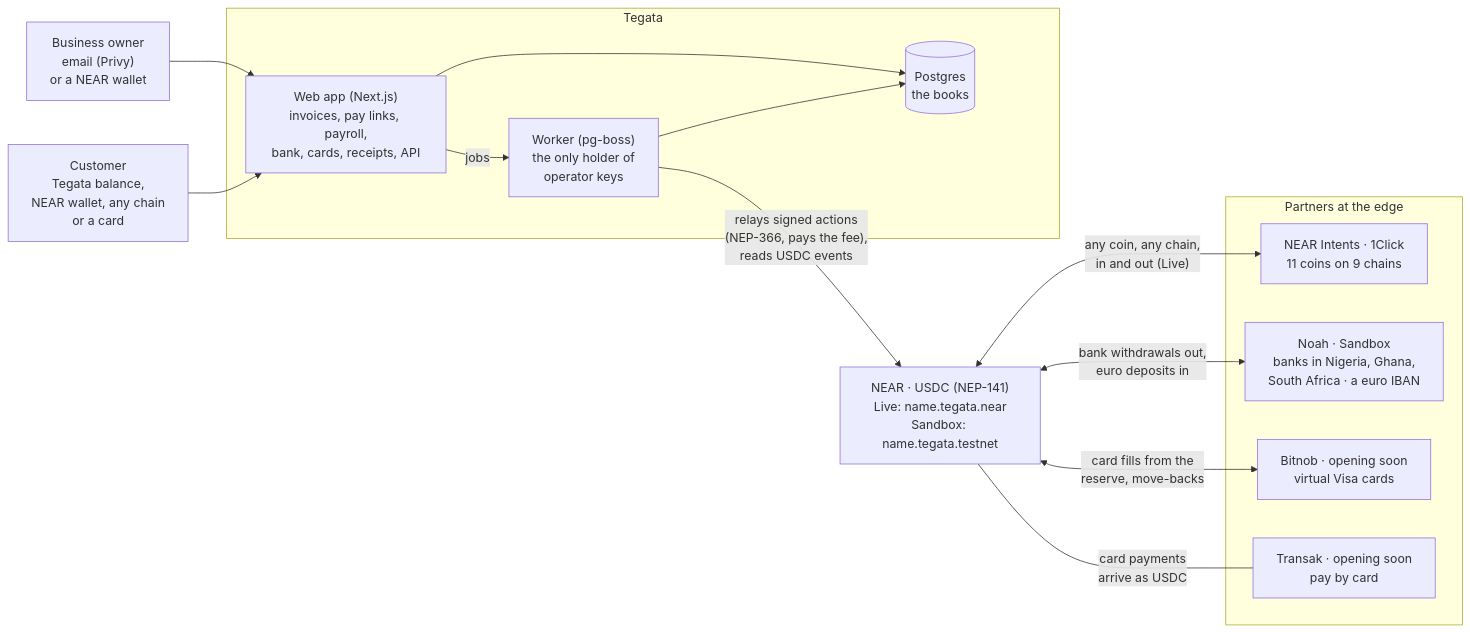
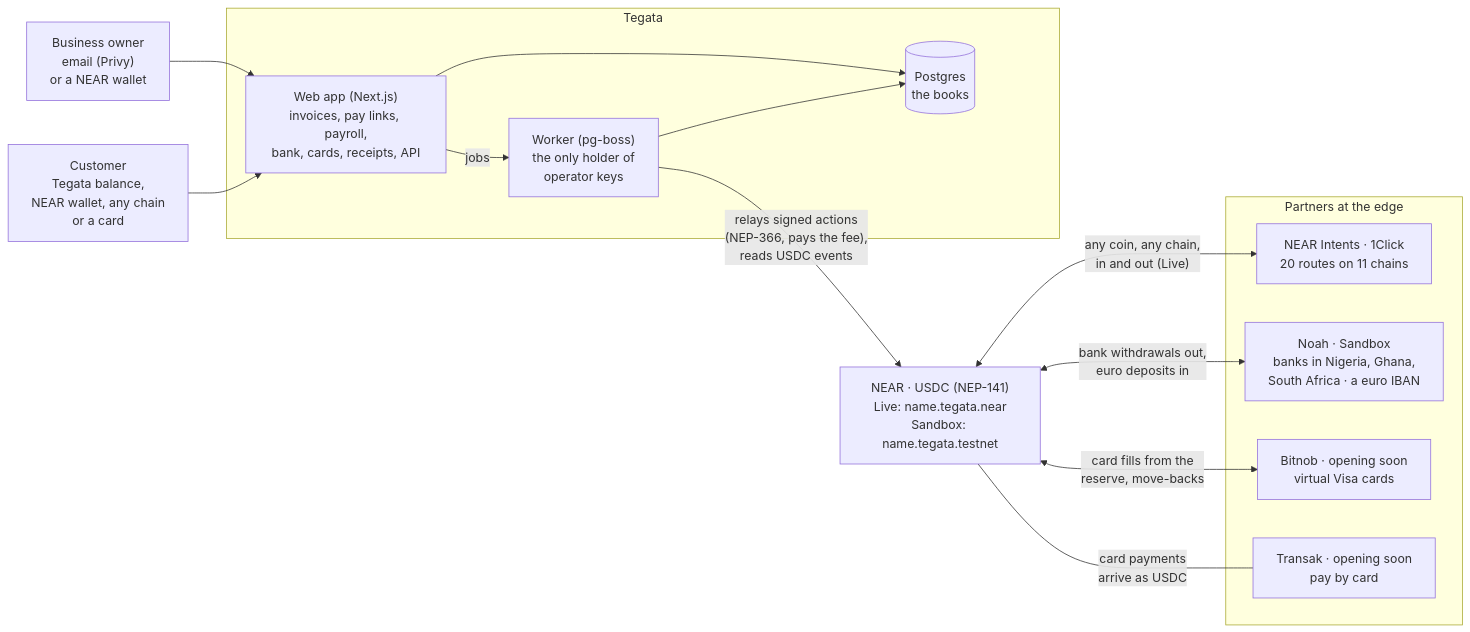
The diagram in .github/diagrams/readme-system.mmd (Blockchain-Oracle/tegata), drawn with Mermaid before and after one commit. The commit also changed 56 other files, not shown here.

```diff
--- a/.github/diagrams/readme-system.mmd
+++ b/.github/diagrams/readme-system.mmd
@@ -1,22 +1,22 @@
 flowchart LR
   owner["Business owner<br/>email (Privy)<br/>or a NEAR wallet"] --> web
   payer["Customer<br/>Tegata balance,<br/>NEAR wallet, any chain<br/>or a card"] --> web
   subgraph tegata["Tegata"]
     web["Web app (Next.js)<br/>invoices, pay links, payroll,<br/>bank, cards, receipts, API"]
     db[("Postgres<br/>the books")]
     worker["Worker (pg-boss)<br/>the only holder of<br/>operator keys"]
     web --> db
     web -- "jobs" --> worker
     worker --> db
   end
   worker -- "relays signed actions<br/>(NEP-366, pays the fee),<br/>reads USDC events" --> near["NEAR · USDC (NEP-141)<br/>Live: name.tegata.near<br/>Sandbox: name.tegata.testnet"]
   subgraph edge["Partners at the edge"]
-    intents["NEAR Intents · 1Click<br/>11 coins on 9 chains"]
+    intents["NEAR Intents · 1Click<br/>20 routes on 11 chains"]
     noah["Noah · Sandbox<br/>banks in Nigeria, Ghana,<br/>South Africa · a euro IBAN"]
     bitnob["Bitnob · opening soon<br/>virtual Visa cards"]
     transak["Transak · opening soon<br/>pay by card"]
   end
   near <-- "any coin, any chain,<br/>in and out (Live)" --> intents
   near <-- "bank withdrawals out,<br/>euro deposits in" --> noah
   near <-- "card fills from the<br/>reserve, move-backs" --> bitnob
   near -- "card payments<br/>arrive as USDC" --- transak
```
